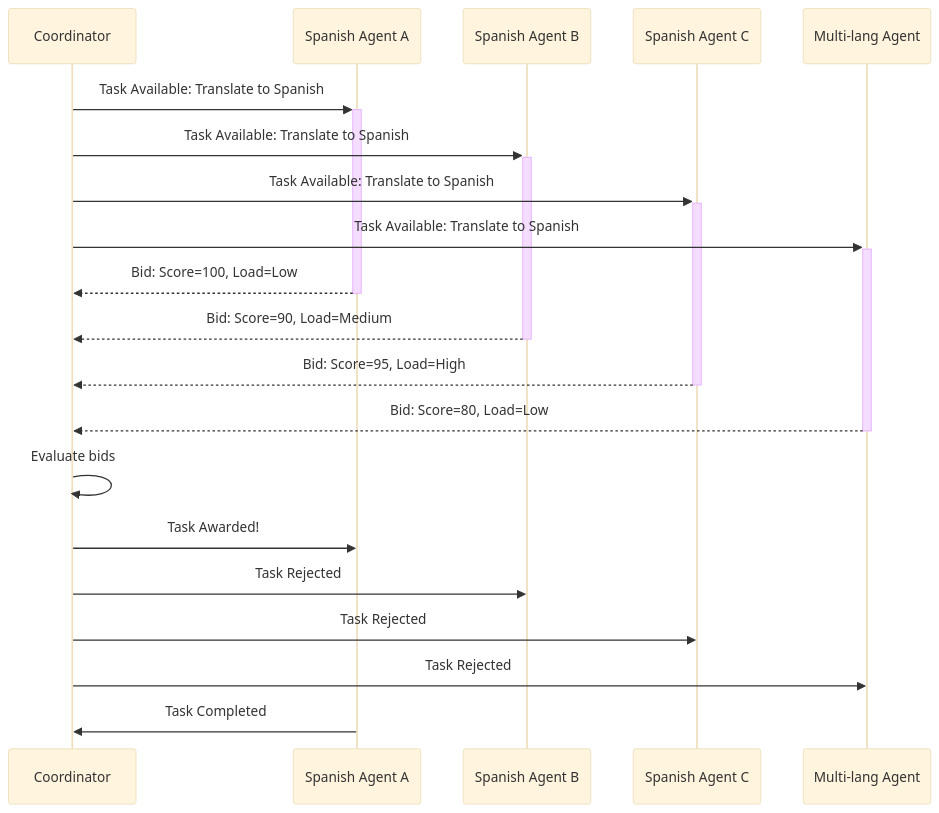
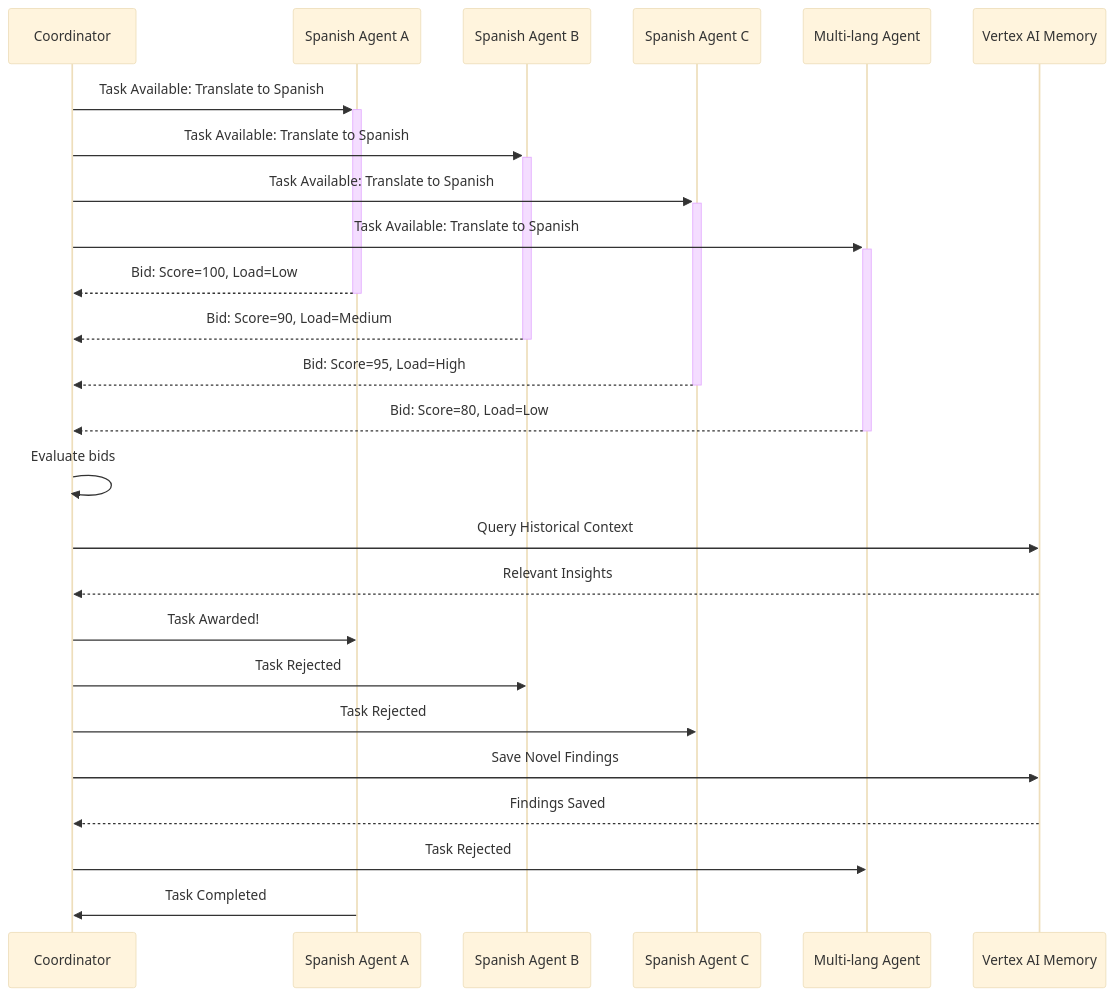
Before and after one commit to dandye/adk_runbooks: the ninth of 27 diagrams in rules-bank/agent_workflow_references.md, drawn with Mermaid (base theme). The commit also changed other lines of this file and 125 other files, not shown here.

````diff
--- a/rules-bank/agent_workflow_references.md
+++ b/rules-bank/agent_workflow_references.md
@@ -388,26 +397,35 @@
 ```mermaid
 sequenceDiagram
     participant C as Coordinator
     participant A1 as Spanish Agent A
     participant A2 as Spanish Agent B
     participant A3 as Spanish Agent C
     participant A4 as Multi-lang Agent
+    participant Memory as Vertex AI Memory
 
     C->>+A1: Task Available: Translate to Spanish
     C->>+A2: Task Available: Translate to Spanish
     C->>+A3: Task Available: Translate to Spanish
     C->>+A4: Task Available: Translate to Spanish
 
     A1-->>-C: Bid: Score=100, Load=Low
     A2-->>-C: Bid: Score=90, Load=Medium
     A3-->>-C: Bid: Score=95, Load=High
     A4-->>-C: Bid: Score=80, Load=Low
 
     C->>C: Evaluate bids
+
+    %% Step: Query Memory Context
+    C->>Memory: Query Historical Context
+    Memory-->>C: Relevant Insights
     C->>A1: Task Awarded!
     C->>A2: Task Rejected
     C->>A3: Task Rejected
+
+    %% Step: Save Findings to Memory
+    C->>Memory: Save Novel Findings
+    Memory-->>C: Findings Saved
     C->>A4: Task Rejected
 
     A1->>C: Task Completed
 ```
````
